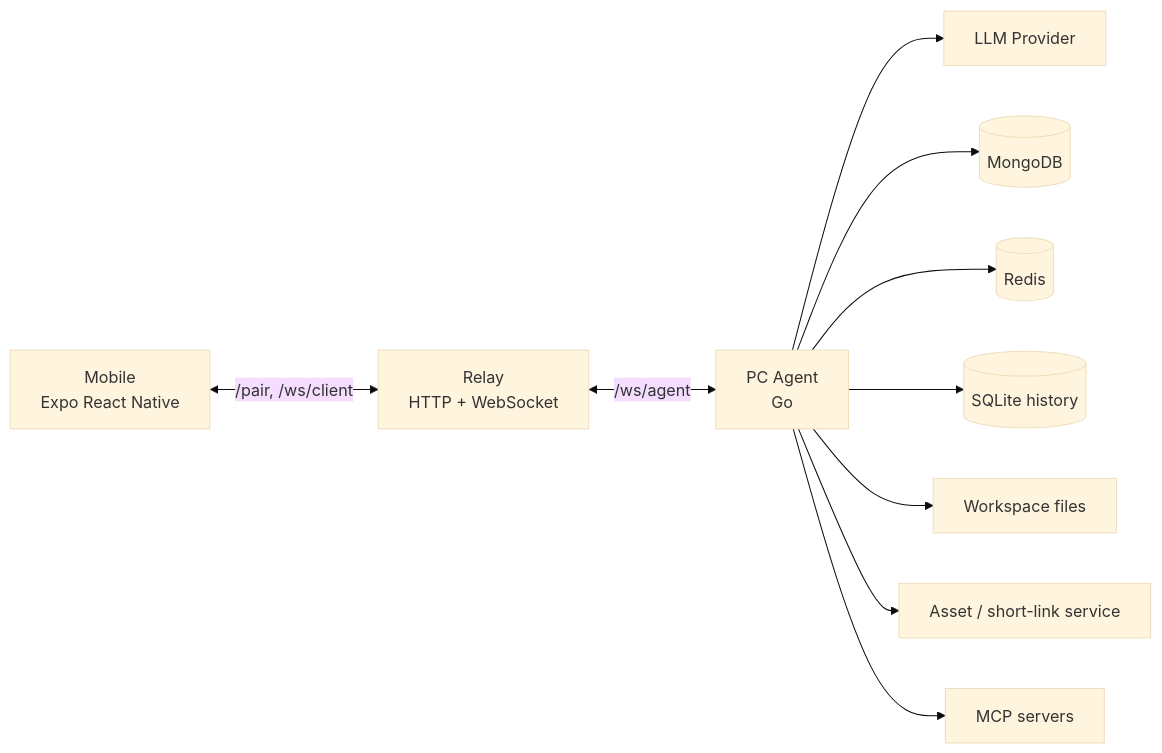
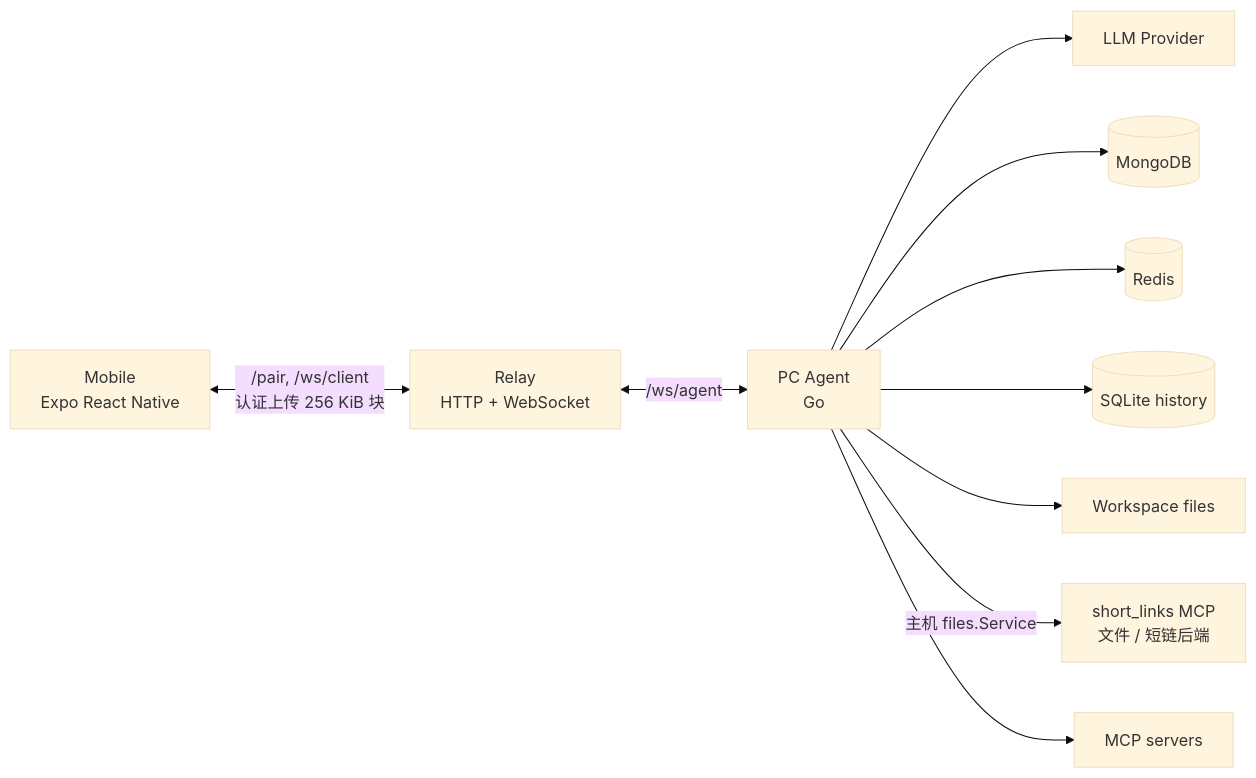
One commit to yourGaomu/myai changed the first of 6 diagrams in doc/PROJECT_ARCHITECTURE_GUIDE.md. Above: the diagram before and after it, drawn with Mermaid (base theme). The commit also changed other lines of this file and 36 other files, not shown here.

````diff
--- a/doc/PROJECT_ARCHITECTURE_GUIDE.md
+++ b/doc/PROJECT_ARCHITECTURE_GUIDE.md
@@ -33,23 +33,23 @@
 ```mermaid
 flowchart LR
     M["Mobile<br/>Expo React Native"]
     R["Relay<br/>HTTP + WebSocket"]
     A["PC Agent<br/>Go"]
     L["LLM Provider"]
     DB[("MongoDB")]
     RC[("Redis")]
     SQ[("SQLite history")]
     FS["Workspace files"]
-    AS["Asset / short-link service"]
     MCP["MCP servers"]
+    SL["short_links MCP<br/>文件 / 短链后端"]
 
-    M <-->|"/pair, /ws/client"| R
+    M <-->|"/pair, /ws/client<br/>认证上传 256 KiB 块"| R
     R <-->|"/ws/agent"| A
     A --> L
     A --> DB
     A --> RC
     A --> SQ
     A --> FS
-    A --> AS
+    A -->|"主机 files.Service"| SL
     A --> MCP
 ```
````
